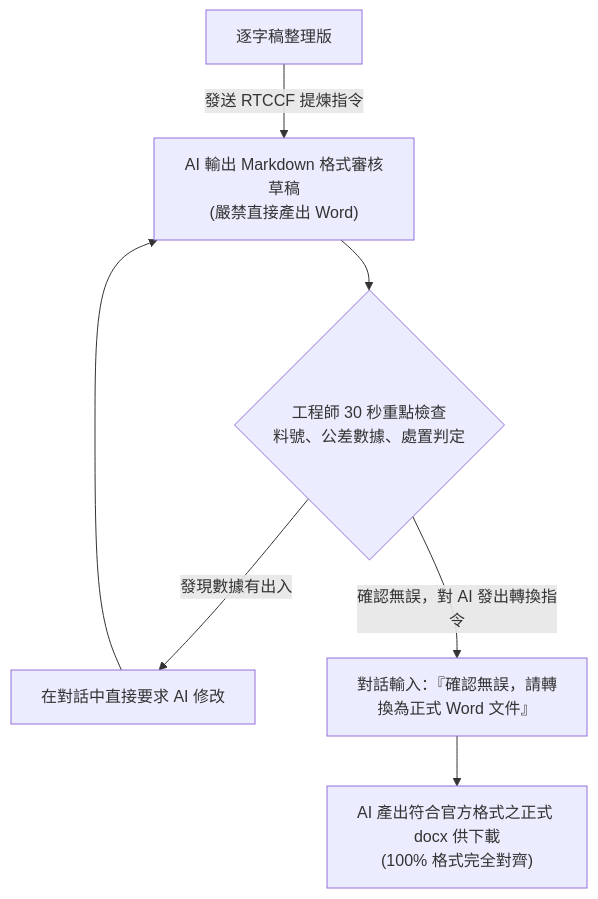
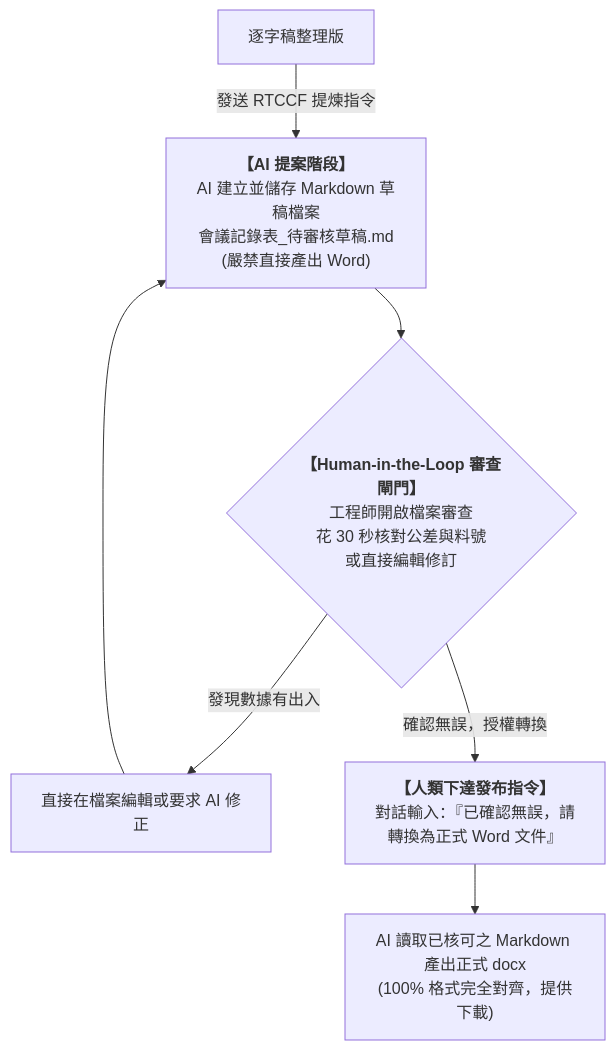
Before and after one commit to roberthsu2003/workflow-productivity: the diagram in 常見的AI應用/實戰範例/SQE品保會議與表單自動化/README.md, drawn with Mermaid. The commit also changed other lines of this file, not shown here.

````diff
--- a/常見的AI應用/實戰範例/SQE品保會議與表單自動化/README.md
+++ b/常見的AI應用/實戰範例/SQE品保會議與表單自動化/README.md
@@ -112,9 +119,9 @@
 ```mermaid
 flowchart TD
-    Step1["逐字稿整理版"] -->|發送 RTCCF 提煉指令| Step2["AI 輸出 Markdown 格式審核草稿<br/>(嚴禁直接產出 Word)"]
-    Step2 --> Step3{"工程師 30 秒重點檢查<br/>料號、公差數據、處置判定"}
-    Step3 -->|發現數據有出入| Step4["在對話中直接要求 AI 修改"]
+    Step1["逐字稿整理版"] -->|發送 RTCCF 提煉指令| Step2["<b>【AI 提案階段】</b><br/>AI 建立並儲存 Markdown 草稿檔案<br/>會議記錄表_待審核草稿.md<br/>(嚴禁直接產出 Word)"]
+    Step2 --> Step3{"<b>【Human-in-the-Loop 審查閘門】</b><br/>工程師開啟檔案審查<br/>花 30 秒核對公差與料號<br/>或直接編輯修訂"}
+    Step3 -->|發現數據有出入| Step4["直接在檔案編輯或要求 AI 修正"]
     Step4 --> Step2
-    Step3 -->|確認無誤，對 AI 發出轉換指令| Step5["對話輸入：『確認無誤，請轉換為正式 Word 文件』"]
-    Step5 --> Step6["AI 產出符合官方格式之正式 docx 供下載<br/>(100% 格式完全對齊)"]
+    Step3 -->|確認無誤，授權轉換| Step5["<b>【人類下達發布指令】</b><br/>對話輸入：『已確認無誤，請轉換為正式 Word 文件』"]
+    Step5 --> Step6["AI 讀取已核可之 Markdown 產出正式 docx<br/>(100% 格式完全對齊，提供下載)"]
 ```
````
